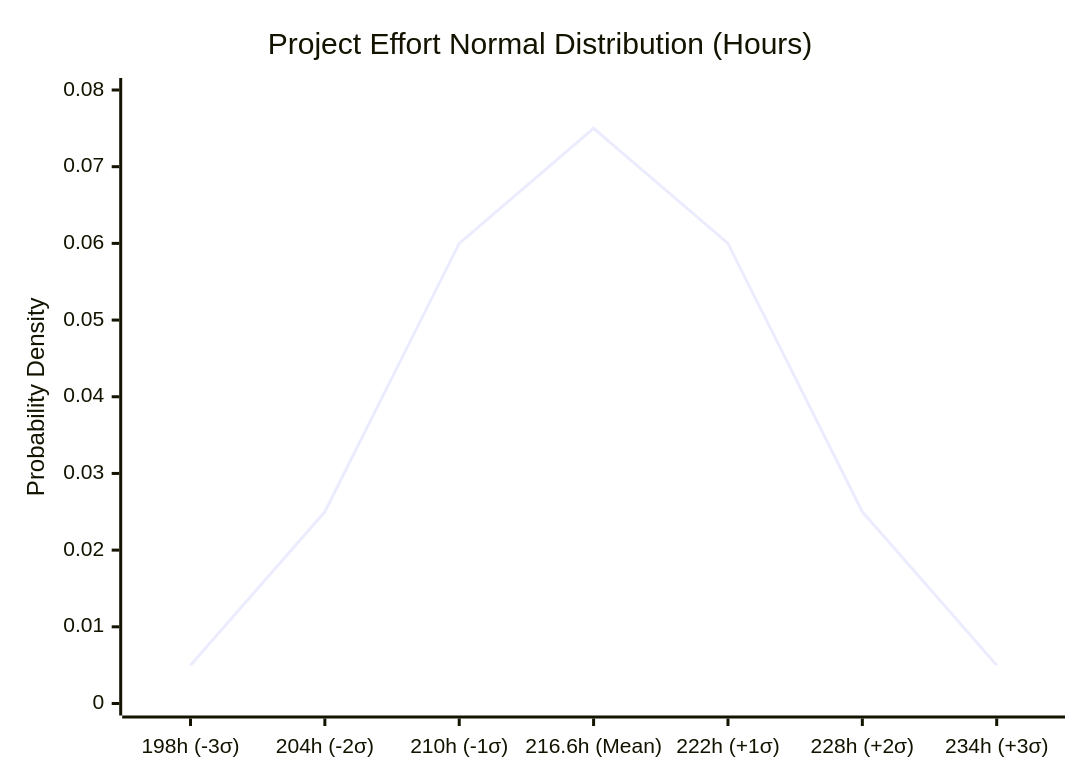
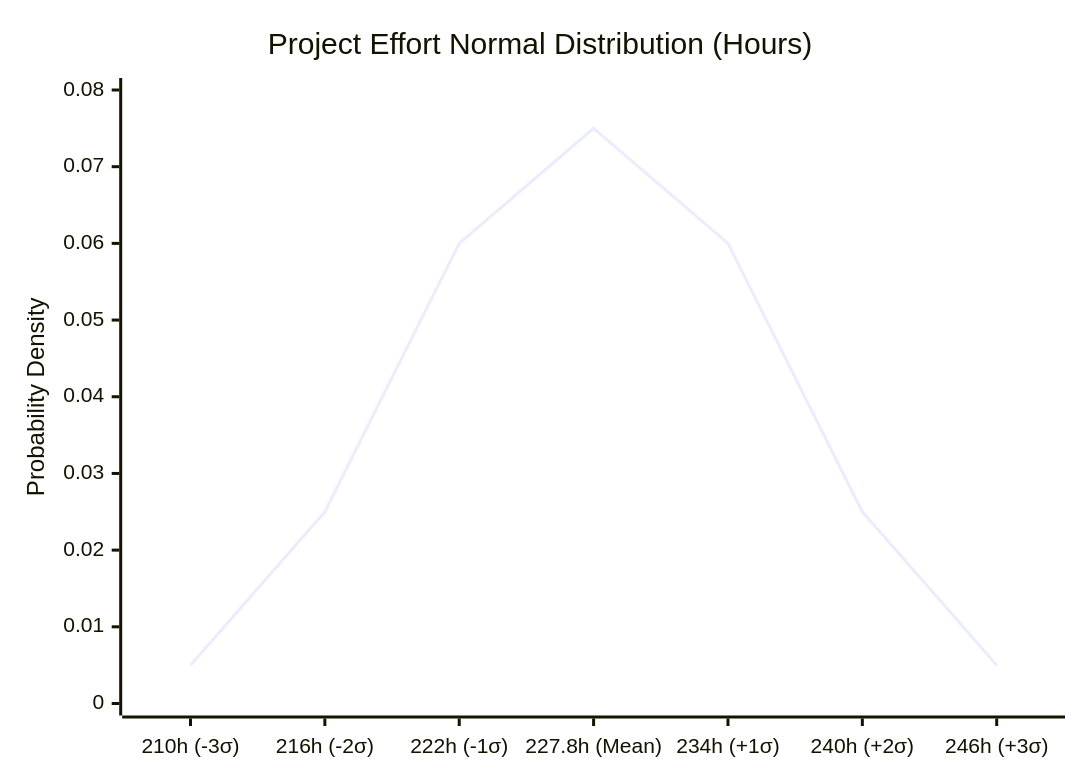
One commit to sohaibAkhlaq/sqe_pretix_project changed the diagram in docs/phases/phase-2-completion.md. Above: the diagram before and after it, drawn with Mermaid. The commit also changed other lines of this file and 92 other files, not shown here.

````diff
--- a/docs/phases/phase-2-completion.md
+++ b/docs/phases/phase-2-completion.md
@@ -59,7 +59,7 @@
 ```mermaid
 xychart-beta
     title "Project Effort Normal Distribution (Hours)"
-    x-axis ["198h (-3σ)", "204h (-2σ)", "210h (-1σ)", "216.6h (Mean)", "222h (+1σ)", "228h (+2σ)", "234h (+3σ)"]
+    x-axis ["210h (-3σ)", "216h (-2σ)", "222h (-1σ)", "227.8h (Mean)", "234h (+1σ)", "240h (+2σ)", "246h (+3σ)"]
     y-axis "Probability Density" 0 --> 0.08
     line [0.005, 0.025, 0.060, 0.075, 0.060, 0.025, 0.005]
 ```
````
